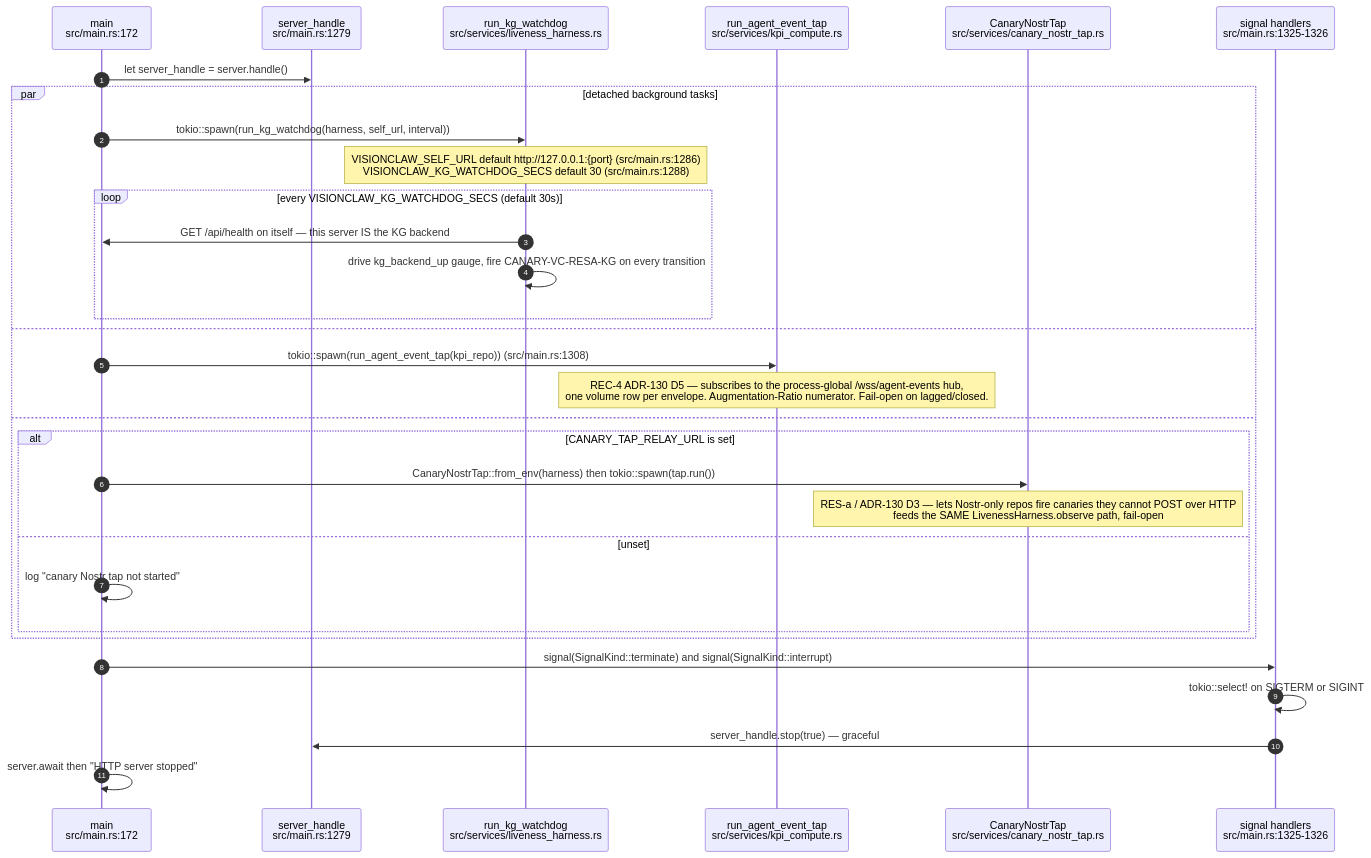
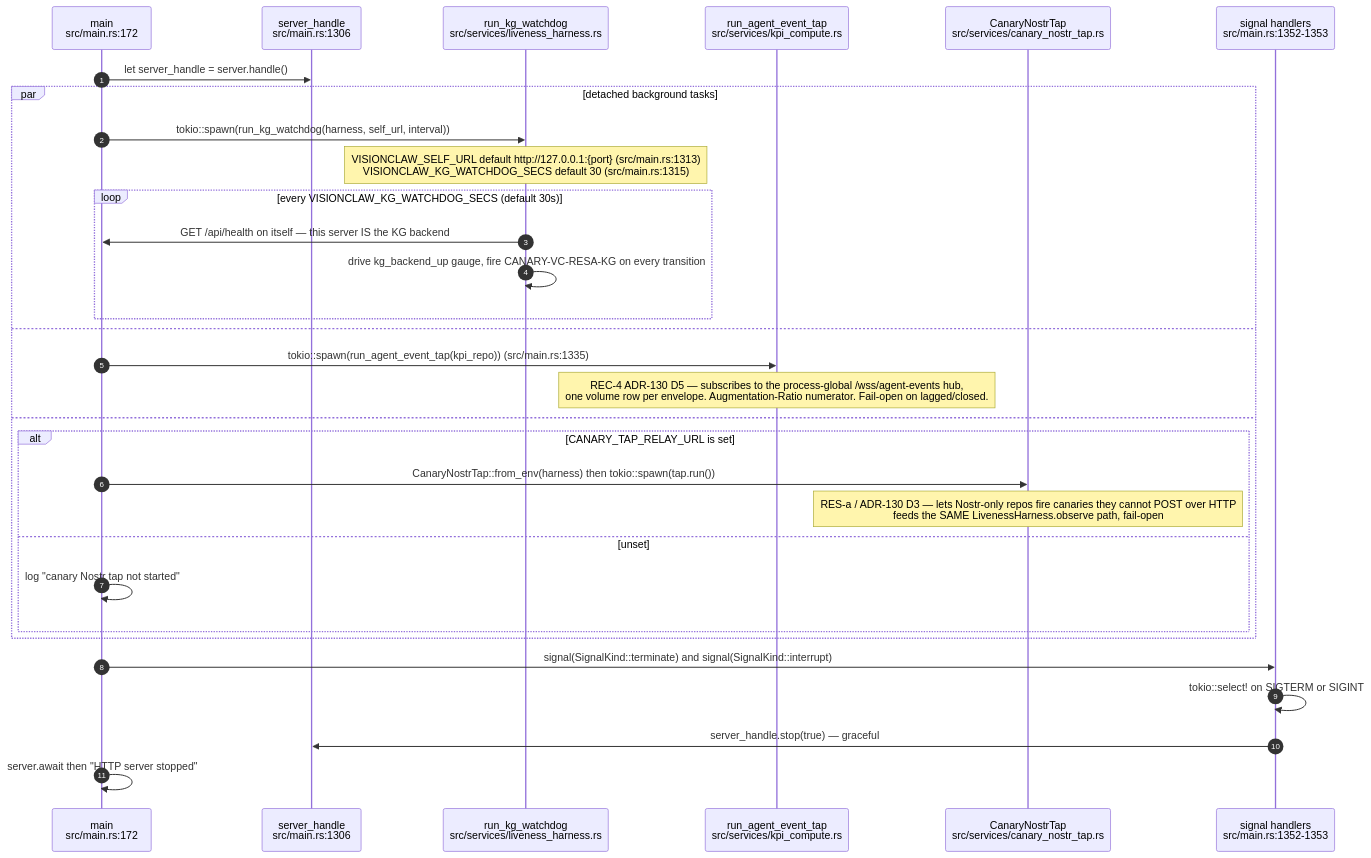
One commit to DreamLab-AI/VisionFlow changed the seventh of 13 diagrams in docs/diagrams/visionclaw/01-boot-and-app-state.md. Above: the diagram before and after it, drawn with Mermaid. The commit also changed other lines of this file and 46 other files, not shown here.

Commit message:
docs(diagrams): re-verify VisionClaw topics at 809a859aa/a950f4d80 after the consolidation pass

````diff
--- a/docs/diagrams/visionclaw/01-boot-and-app-state.md
+++ b/docs/diagrams/visionclaw/01-boot-and-app-state.md
@@ -361,34 +360,34 @@
 ```mermaid
 sequenceDiagram
     autonumber
     participant M as main<br/>src/main.rs:172
-    participant SH as server_handle<br/>src/main.rs:1279
+    participant SH as server_handle<br/>src/main.rs:1306
     participant WD as run_kg_watchdog<br/>src/services/liveness_harness.rs
     participant TAP as run_agent_event_tap<br/>src/services/kpi_compute.rs
     participant CT as CanaryNostrTap<br/>src/services/canary_nostr_tap.rs
-    participant SIG as signal handlers<br/>src/main.rs:1325-1326
+    participant SIG as signal handlers<br/>src/main.rs:1352-1353
 
     M->>SH: let server_handle = server.handle()
     par detached background tasks
         M->>WD: tokio::spawn(run_kg_watchdog(harness, self_url, interval))
-        Note over WD: VISIONCLAW_SELF_URL default http://127.0.0.1:{port} (src/main.rs:1286)<br/>VISIONCLAW_KG_WATCHDOG_SECS default 30 (src/main.rs:1288)
+        Note over WD: VISIONCLAW_SELF_URL default http://127.0.0.1:{port} (src/main.rs:1313)<br/>VISIONCLAW_KG_WATCHDOG_SECS default 30 (src/main.rs:1315)
         loop every VISIONCLAW_KG_WATCHDOG_SECS (default 30s)
             WD->>M: GET /api/health on itself — this server IS the KG backend
             WD->>WD: drive kg_backend_up gauge, fire CANARY-VC-RESA-KG on every transition
         end
     and
-        M->>TAP: tokio::spawn(run_agent_event_tap(kpi_repo)) (src/main.rs:1308)
+        M->>TAP: tokio::spawn(run_agent_event_tap(kpi_repo)) (src/main.rs:1335)
         Note over TAP: REC-4 ADR-130 D5 — subscribes to the process-global /wss/agent-events hub,<br/>one volume row per envelope. Augmentation-Ratio numerator. Fail-open on lagged/closed.
     and
         alt CANARY_TAP_RELAY_URL is set
             M->>CT: CanaryNostrTap::from_env(harness) then tokio::spawn(tap.run())
             Note over CT: RES-a / ADR-130 D3 — lets Nostr-only repos fire canaries they cannot POST over HTTP<br/>feeds the SAME LivenessHarness.observe path, fail-open
         else unset
             M->>M: log "canary Nostr tap not started"
         end
     end
     M->>SIG: signal(SignalKind::terminate) and signal(SignalKind::interrupt)
     SIG->>SIG: tokio::select! on SIGTERM or SIGINT
     SIG->>SH: server_handle.stop(true) — graceful
     M->>M: server.await then "HTTP server stopped"
 ```
````
